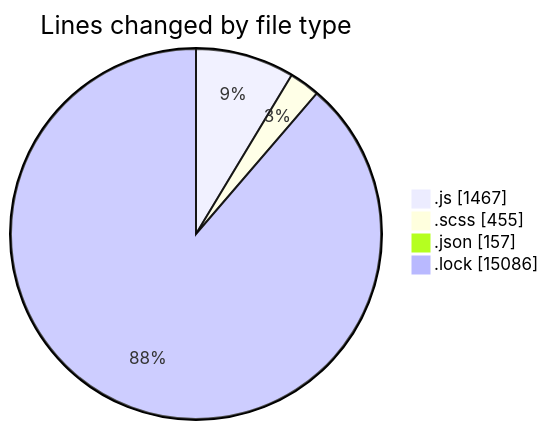
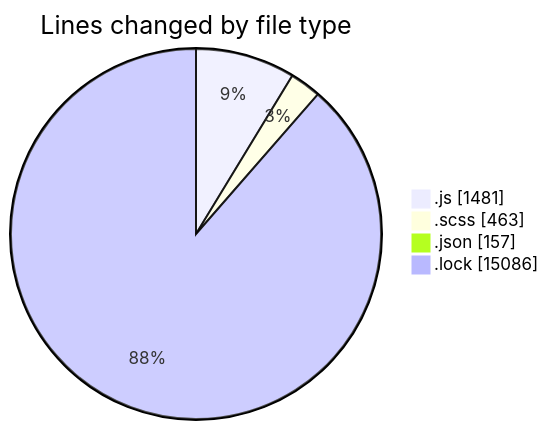
Before and after one commit to momahboobian/code-tracking: the first of 2 diagrams in 2026-01-05/cda/README.md, drawn with Mermaid. The commit also changed other lines of this file and 1 other file, not shown here.

````diff
--- a/2026-01-05/cda/README.md
+++ b/2026-01-05/cda/README.md
@@ -38,8 +38,8 @@
 ```mermaid
 pie showData
 title Lines changed by file type
-".js" : 1467
-".scss" : 455
+".js" : 1481
+".scss" : 463
 ".json" : 157
 ".lock" : 15086
 ```
````
